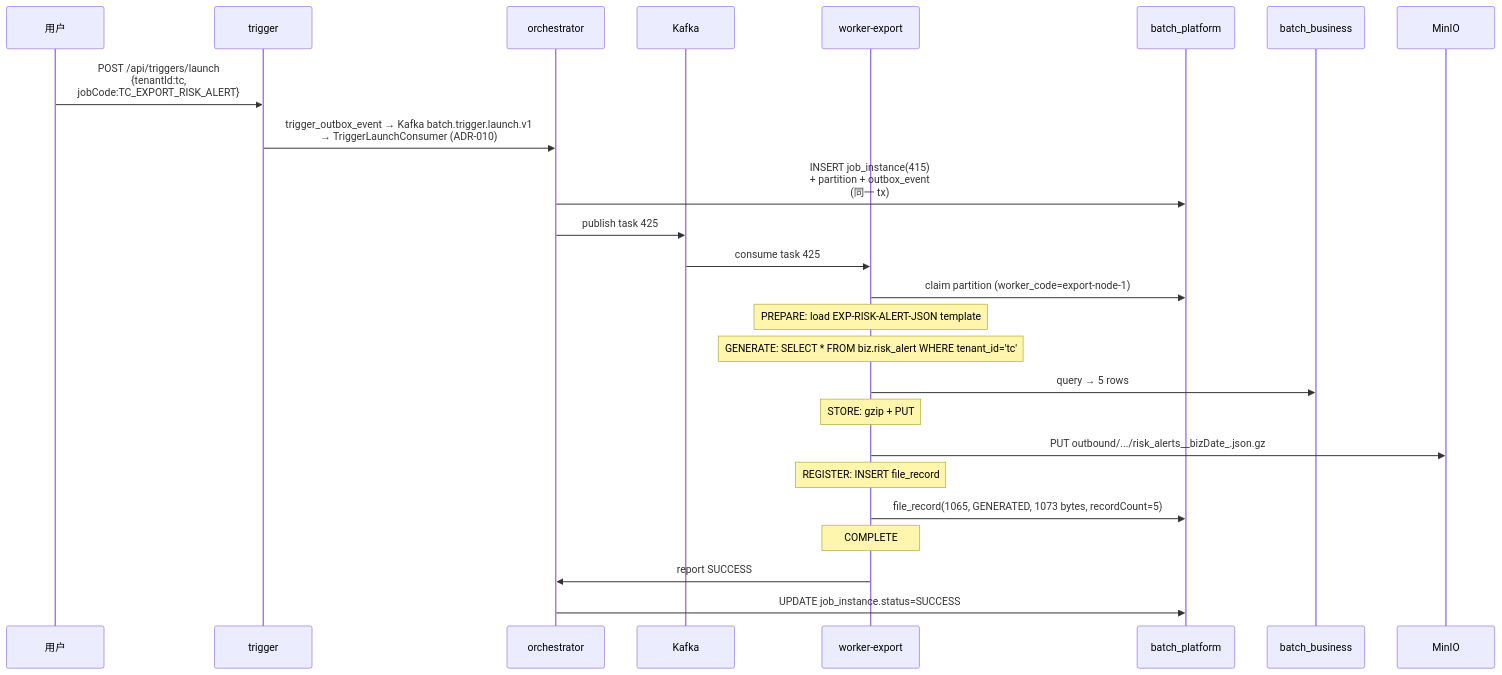
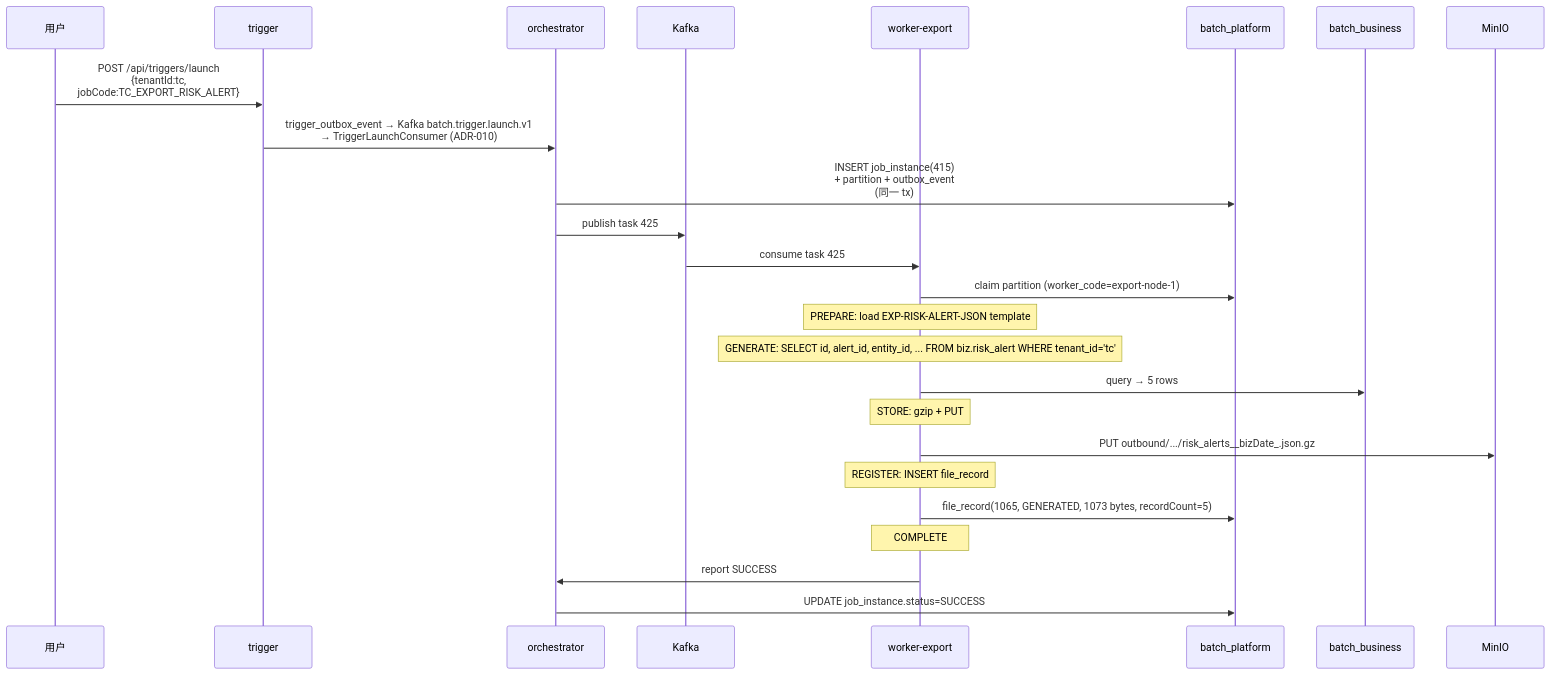
Diagram 13 of 20 in docs/architecture/system-flow-overview.md (pinpols/file-batch-system), drawn with Mermaid before and after one commit. The commit also changed 90 other files, not shown here.

````diff
--- a/docs/architecture/system-flow-overview.md
+++ b/docs/architecture/system-flow-overview.md
@@ -858,28 +858,28 @@
 ```mermaid
 sequenceDiagram
     participant U as 用户
     participant T as trigger
     participant O as orchestrator
     participant K as Kafka
     participant E as worker-export
     participant DB as batch_platform
     participant BIZ as batch_business
     participant M as MinIO
 
     U->>T: POST /api/triggers/launch<br/>{tenantId:tc,<br/> jobCode:TC_EXPORT_RISK_ALERT}
     T->>O: trigger_outbox_event → Kafka batch.trigger.launch.v1<br/>→ TriggerLaunchConsumer (ADR-010)
     O->>DB: INSERT job_instance(415)<br/>+ partition + outbox_event<br/>(同一 tx)
     O->>K: publish task 425
     K->>E: consume task 425
     E->>DB: claim partition (worker_code=export-node-1)
     Note over E: PREPARE: load EXP-RISK-ALERT-JSON template
-    Note over E: GENERATE: SELECT * FROM biz.risk_alert WHERE tenant_id='tc'
+    Note over E: GENERATE: SELECT id, alert_id, entity_id, ... FROM biz.risk_alert WHERE tenant_id='tc'
     E->>BIZ: query → 5 rows
     Note over E: STORE: gzip + PUT
     E->>M: PUT outbound/.../risk_alerts__bizDate_.json.gz
     Note over E: REGISTER: INSERT file_record
     E->>DB: file_record(1065, GENERATED, 1073 bytes, recordCount=5)
     Note over E: COMPLETE
     E->>O: report SUCCESS
     O->>DB: UPDATE job_instance.status=SUCCESS
 ```
````
